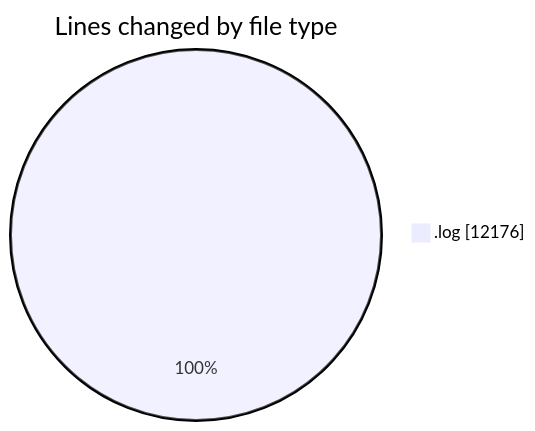
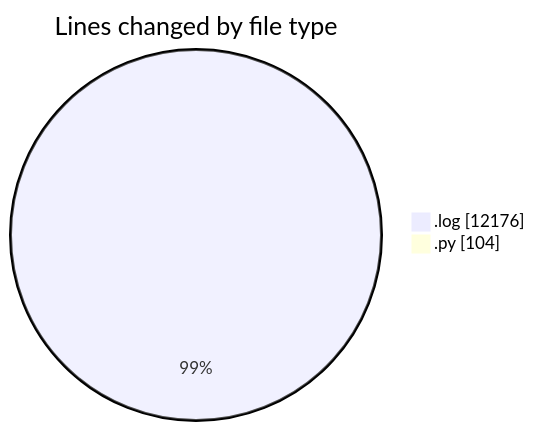
One commit to nxtqubesakshisongat/code-tracking changed the first of 2 diagrams in 2025-04-10/nxtqube_webapp/README.md. Above: the diagram before and after it, drawn with Mermaid. The commit also changed other lines of this file and 1 other file, not shown here.

````diff
--- a/2025-04-10/nxtqube_webapp/README.md
+++ b/2025-04-10/nxtqube_webapp/README.md
@@ -20,5 +21,6 @@
 ```mermaid
 pie showData
 title Lines changed by file type
 ".log" : 12176
+".py" : 104
 ```
````
